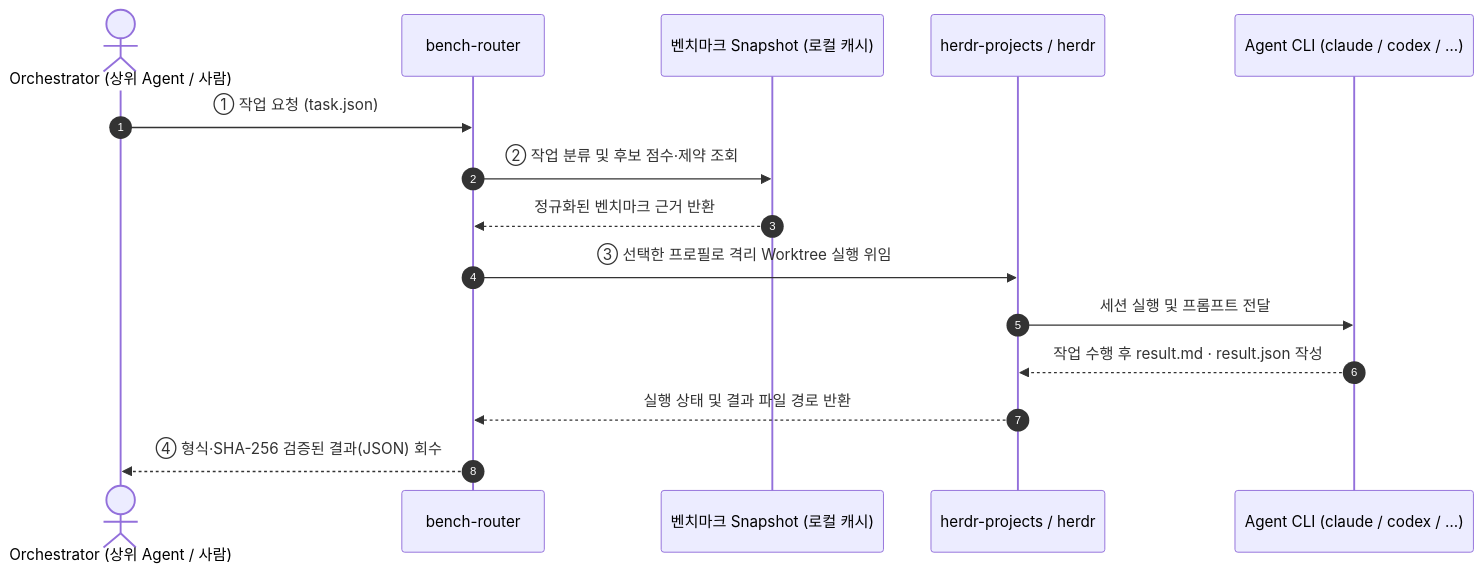
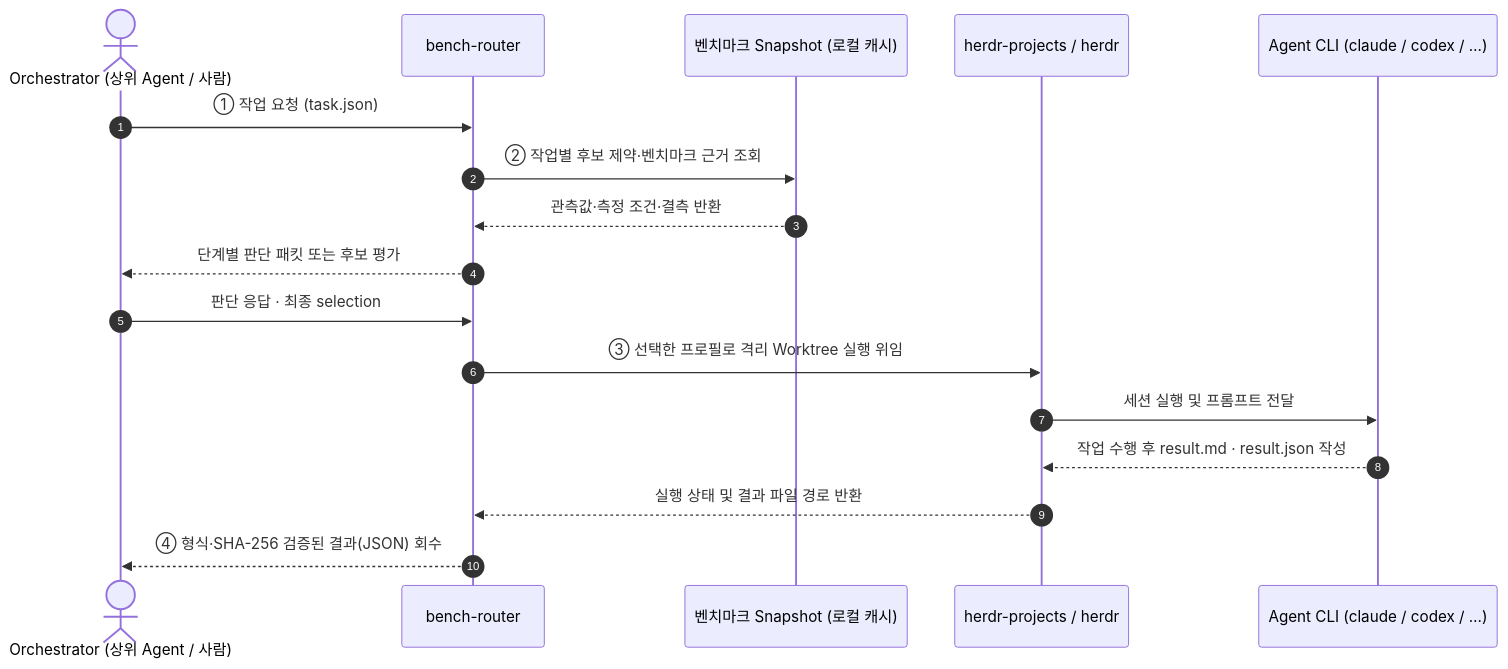
Before and after one commit to hjlim4u/bench-router: the first of 2 diagrams in README.md, drawn with Mermaid. The commit also changed other lines of this file and 18 other files, not shown here.

````diff
--- a/README.md
+++ b/README.md
@@ -20,18 +20,20 @@
 ```mermaid
 sequenceDiagram
     autonumber
     actor Orch as Orchestrator (상위 Agent / 사람)
     participant BR as bench-router
     participant Snap as 벤치마크 Snapshot (로컬 캐시)
     participant HP as herdr-projects / herdr
     participant CLI as Agent CLI (claude / codex / …)
 
     Orch->>BR: ① 작업 요청 (task.json)
-    BR->>Snap: ② 작업 분류 및 후보 점수·제약 조회
-    Snap-->>BR: 정규화된 벤치마크 근거 반환
+    BR->>Snap: ② 작업별 후보 제약·벤치마크 근거 조회
+    Snap-->>BR: 관측값·측정 조건·결측 반환
+    BR-->>Orch: 단계별 판단 패킷 또는 후보 평가
+    Orch->>BR: 판단 응답 · 최종 selection
     BR->>HP: ③ 선택한 프로필로 격리 Worktree 실행 위임
     HP->>CLI: 세션 실행 및 프롬프트 전달
     CLI-->>HP: 작업 수행 후 result.md · result.json 작성
     HP-->>BR: 실행 상태 및 결과 파일 경로 반환
     BR-->>Orch: ④ 형식·SHA-256 검증된 결과(JSON) 회수
 ```
````
